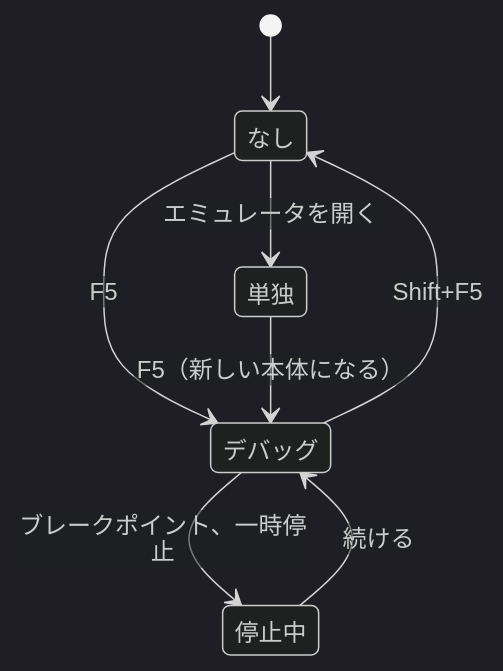
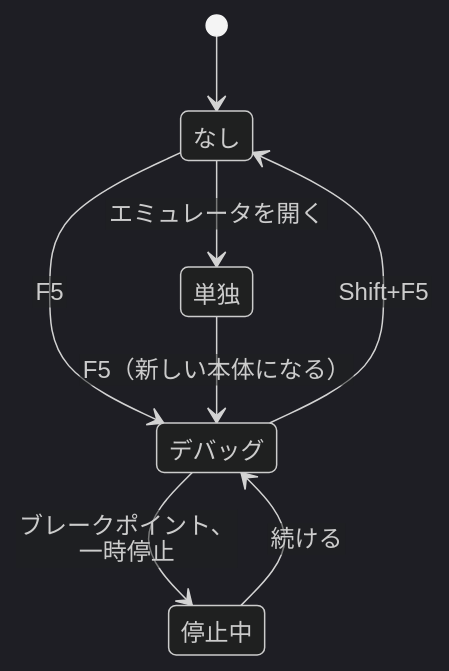
Before and after one commit to litchi-gh/pc-e500_tools: the second of 2 diagrams in docs/manual/09_EMULATOR.md, drawn with Mermaid (dark theme). The commit also changed 14 other files, not shown here.

First line of the commit message:
Docs: wrap state diagram and timeline labels by hand

````diff
--- a/docs/manual/09_EMULATOR.md
+++ b/docs/manual/09_EMULATOR.md
@@ -208,11 +208,11 @@
 ```mermaid
 %%{init: {"htmlLabels": false, "flowchart": {"htmlLabels": false, "wrappingWidth": 1000}}}%%
 stateDiagram-v2
   [*] --> なし
   なし --> 単独: エミュレータを開く
   なし --> デバッグ: F5
   単独 --> デバッグ: F5（新しい本体になる）
   デバッグ --> なし: Shift+F5
-  デバッグ --> 停止中: ブレークポイント、一時停止
+  デバッグ --> 停止中: ブレークポイント、<br>一時停止
   停止中 --> デバッグ: 続ける
 ```
````
